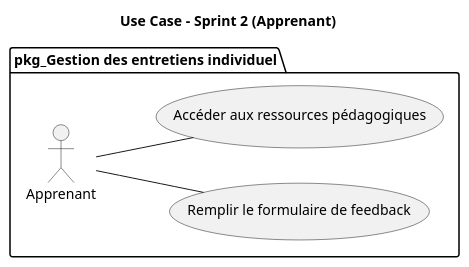
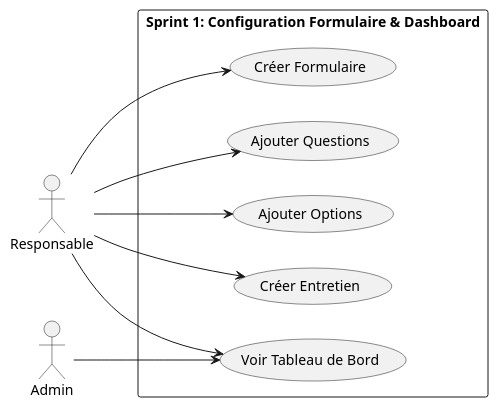
Before and after one commit to bardichoussama/FileRouge: the diagram in Branche Fonctionnelle/Analyse/UseCaseSprint2.puml, drawn with PlantUML.

```diff
--- a/Branche Fonctionnelle/Analyse/UseCaseSprint2.puml
+++ b/Branche Fonctionnelle/Analyse/UseCaseSprint2.puml
@@ -1,15 +1,23 @@
 @startuml
-package "pkg_Gestion des entretiens individuel" {
-    title Use Case - Sprint 2 (Apprenant)
+left to right direction
 
-    left to right direction
+actor Responsable
+actor Admin
 
-    actor "Apprenant" as Apprenant
+rectangle "Sprint 1: Configuration Formulaire & Dashboard" {
+  usecase "Créer Formulaire" as UC1
+  usecase "Ajouter Questions" as UC2
+  usecase "Ajouter Options" as UC3
+  usecase "Créer Entretien" as UC4
+  usecase "Voir Tableau de Bord" as UC5
+}
 
-    usecase "Remplir le formulaire de feedback" as UC4
-    usecase "Accéder aux ressources pédagogiques" as UC5
+Responsable --> UC1
+Responsable --> UC2
+Responsable --> UC3
+Responsable --> UC4
+Responsable --> UC5
 
-    Apprenant -- UC4
-    Apprenant -- UC5
-}
+Admin --> UC5
+
 @enduml
```
